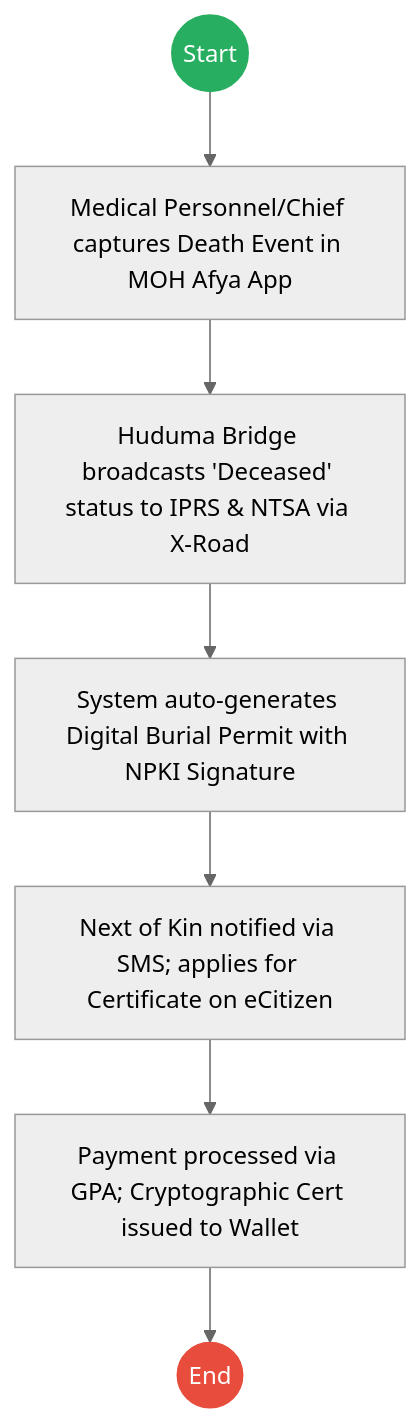
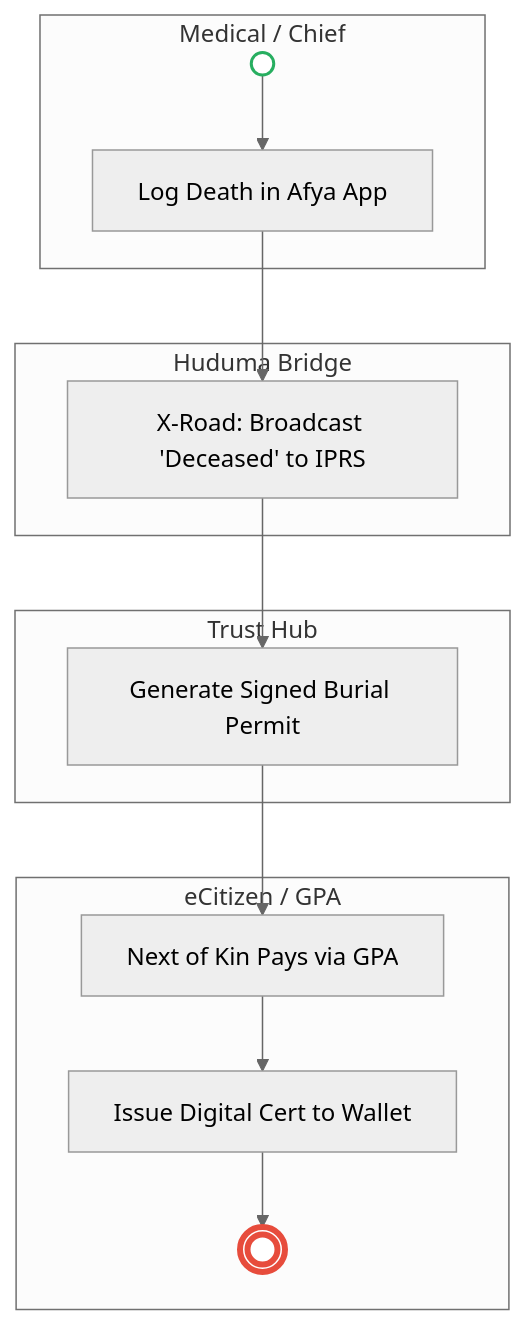
Before and after one commit to BITZ-IT-Consulting-LTD/ictapoc: the fourth of 4 diagrams in mdas/docs_final/_CIVIL_REGISTRATION_SERVICES_CRS____Service_Delivery.md, drawn with Mermaid (neutral theme). The commit also changed other lines of this file and 2 other files, not shown here.

````diff
--- a/mdas/docs_final/_CIVIL_REGISTRATION_SERVICES_CRS____Service_Delivery.md
+++ b/mdas/docs_final/_CIVIL_REGISTRATION_SERVICES_CRS____Service_Delivery.md
@@ -113,14 +132,23 @@
 ```mermaid
-graph TD
-    Start((Start)) --> T1
-    T1["Medical Personnel/Chief captures Death Event in MOH Afya App"] --> T2
-    T2["Huduma Bridge broadcasts 'Deceased' status to IPRS & NTSA via X-Road"] --> T3
-    T3["System auto-generates Digital Burial Permit with NPKI Signature"] --> T4
-    T4["Next of Kin notified via SMS; applies for Certificate on eCitizen"] --> T5
-    T5["Payment processed via GPA; Cryptographic Cert issued to Wallet"] --> End((End))
+flowchart TD
+    subgraph Medical["Medical / Chief"]
+        Start(( )) --> M1[Log Death in Afya App]
+    end
 
-    classDef start fill:#27ae60,stroke:#27ae60,color:#fff;
-    classDef endNode fill:#e74c3c,stroke:#e74c3c,color:#fff;
-    class Start start;
-    class End endNode;
+    subgraph Interop["Huduma Bridge"]
+        M1 --> I1[X-Road: Broadcast 'Deceased' to IPRS]
+    end
+
+    subgraph Trust["Trust Hub"]
+        I1 --> T1[Generate Signed Burial Permit]
+    end
+
+    subgraph Citizen["eCitizen / GPA"]
+        T1 --> C1[Next of Kin Pays via GPA]
+        C1 --> C2[Issue Digital Cert to Wallet]
+        C2 --> End((( )))
+    end
+
+    style Start fill:#fff,stroke:#27ae60,stroke-width:2px
+    style End fill:#fff,stroke:#e74c3c,stroke-width:4px
 ```
````
